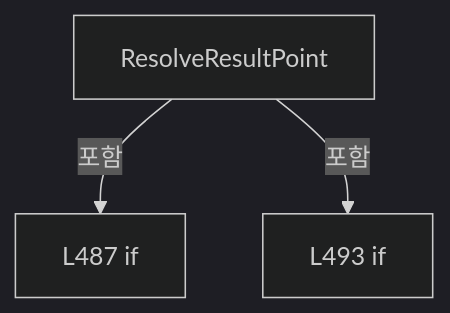
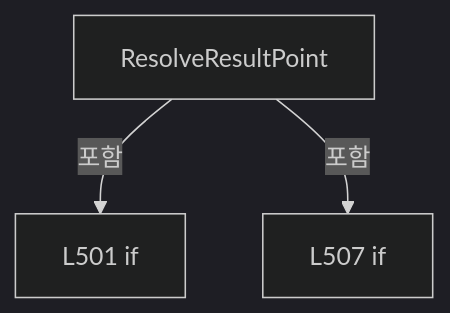
Before and after one commit to kjuws10-rgb/Shared: the ninth of 18 diagrams in A3 LD Code Ref/files/Drilling.UI/Menu/Menus/CMenuCorrection.ReviewData.Offset.cs.md, drawn with Mermaid (dark theme). The commit also changed other lines of this file and 2071 other files, not shown here.

Commit message:
docs(a3): update 11.19.0 architecture and code reference

````diff
--- a/A3 LD Code Ref/files/Drilling.UI/Menu/Menus/CMenuCorrection.ReviewData.Offset.cs.md
+++ b/A3 LD Code Ref/files/Drilling.UI/Menu/Menus/CMenuCorrection.ReviewData.Offset.cs.md
@@ -1457,8 +1465,8 @@
 ```mermaid
 flowchart TD
  M["ResolveResultPoint"]
- N0["L487 if"]
+ N0["L501 if"]
  M -->|포함| N0
- N1["L493 if"]
+ N1["L507 if"]
  M -->|포함| N1
 ```
````
